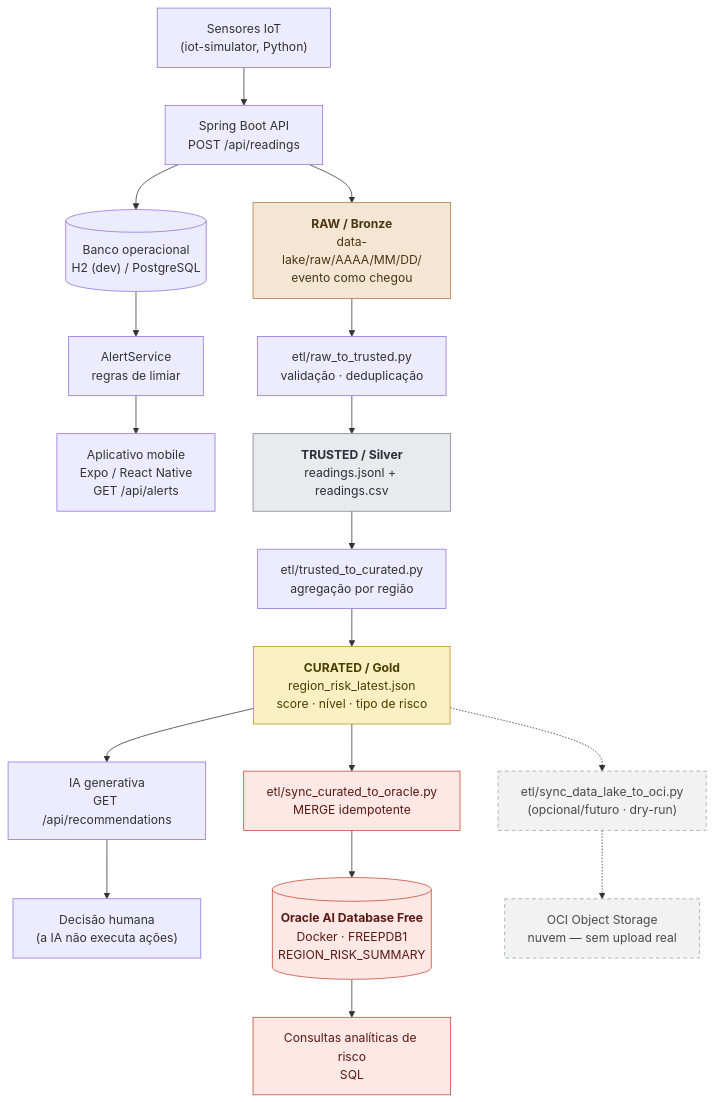
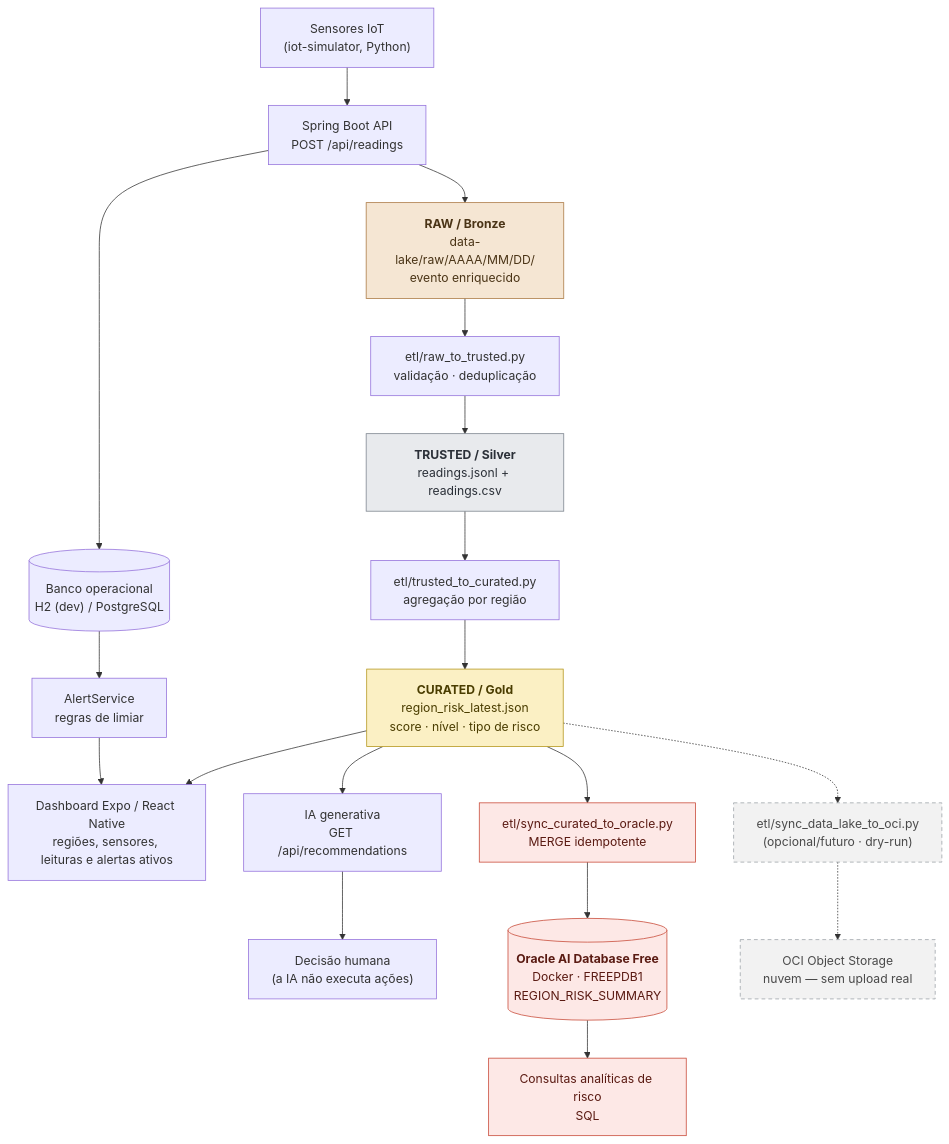
Before and after one commit to Vitorfs2509/orbital-alert-fiap-gs2026: the diagram in README.md, drawn with Mermaid. The commit also changed other lines of this file and 57 other files, not shown here.

````diff
--- a/README.md
+++ b/README.md
@@ -55,35 +55,36 @@
 ```mermaid
 flowchart TD
     S["Sensores IoT<br/>(iot-simulator, Python)"] --> API["Spring Boot API<br/>POST /api/readings"]
 
     API --> DB[("Banco operacional<br/>H2 (dev) / PostgreSQL")]
     DB --> ALERT["AlertService<br/>regras de limiar"]
-    ALERT --> MOB["Aplicativo mobile<br/>Expo / React Native<br/>GET /api/alerts"]
+    ALERT --> MOB["Dashboard Expo / React Native<br/>regiões, sensores, leituras e alertas ativos"]
 
-    API --> RAW["<b>RAW / Bronze</b><br/>data-lake/raw/AAAA/MM/DD/<br/>evento como chegou"]
+    API --> RAW["<b>RAW / Bronze</b><br/>data-lake/raw/AAAA/MM/DD/<br/>evento enriquecido"]
     RAW --> ETL1["etl/raw_to_trusted.py<br/>validação · deduplicação"]
     ETL1 --> TRUSTED["<b>TRUSTED / Silver</b><br/>readings.jsonl + readings.csv"]
     TRUSTED --> ETL2["etl/trusted_to_curated.py<br/>agregação por região"]
     ETL2 --> CURATED["<b>CURATED / Gold</b><br/>region_risk_latest.json<br/>score · nível · tipo de risco"]
 
     CURATED --> AI["IA generativa<br/>GET /api/recommendations"]
+    CURATED --> MOB
     AI --> DEC["Decisão humana<br/>(a IA não executa ações)"]
 
     CURATED --> SYNCDB["etl/sync_curated_to_oracle.py<br/>MERGE idempotente"]
     SYNCDB --> ORADB[("<b>Oracle AI Database Free</b><br/>Docker · FREEPDB1<br/>REGION_RISK_SUMMARY")]
     ORADB --> ANA["Consultas analíticas de risco<br/>SQL"]
 
     CURATED -.-> SYNCOCI["etl/sync_data_lake_to_oci.py<br/>(opcional/futuro · dry-run)"]
     SYNCOCI -.-> OCI["OCI Object Storage<br/>nuvem — sem upload real"]
 
     classDef bronze fill:#f5e6d3,stroke:#a9773f,color:#4a3416
     classDef silver fill:#e8eaed,stroke:#7a828c,color:#2b3038
     classDef gold fill:#fbf0c4,stroke:#b39418,color:#4a3d00
     classDef oracle fill:#fde8e6,stroke:#c74634,color:#5a1a12
     classDef future fill:#f2f2f2,stroke:#9aa0a6,color:#4a4a4a,stroke-dasharray:5 4
     class RAW bronze
     class TRUSTED silver
     class CURATED gold
     class SYNCDB,ORADB,ANA oracle
     class SYNCOCI,OCI future
 ```
````
